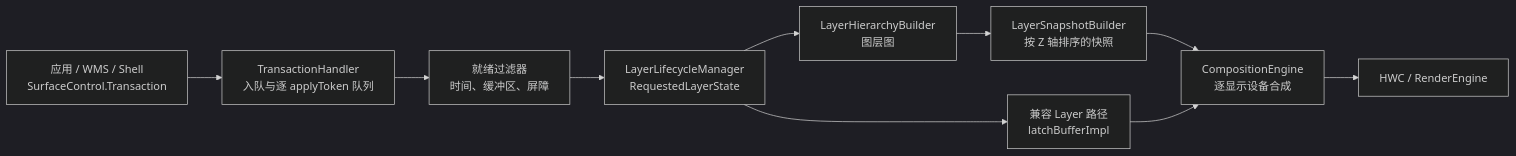
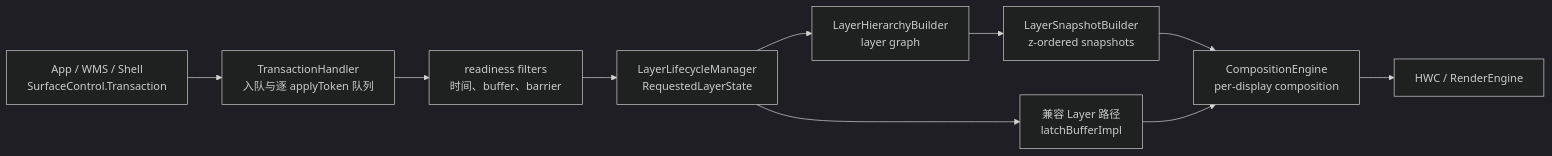
Before and after one commit to Gracker/android-internals-wiki: the diagram in src/part1-fundamentals/ch02-rendering/22-surfaceflinger-frontend-requestedlayerstate.md, drawn with Mermaid (dark theme). The commit also changed other lines of this file and 3 other files, not shown here.

````diff
--- a/src/part1-fundamentals/ch02-rendering/22-surfaceflinger-frontend-requestedlayerstate.md
+++ b/src/part1-fundamentals/ch02-rendering/22-surfaceflinger-frontend-requestedlayerstate.md
@@ -72,19 +72,19 @@
 ```mermaid
 flowchart LR
-    Client["应用 / WMS / Shell<br/>SurfaceControl.Transaction"]
+    Client["App / WMS / Shell<br/>SurfaceControl.Transaction"]
     Queue["TransactionHandler<br/>入队与逐 applyToken 队列"]
-    Ready["就绪过滤器<br/>时间、缓冲区、屏障"]
+    Ready["readiness filters<br/>时间、buffer、barrier"]
     State["LayerLifecycleManager<br/>RequestedLayerState"]
-    Graph["LayerHierarchyBuilder<br/>图层图"]
-    Snapshot["LayerSnapshotBuilder<br/>按 Z 轴排序的快照"]
+    Graph["LayerHierarchyBuilder<br/>layer graph"]
+    Snapshot["LayerSnapshotBuilder<br/>z-ordered snapshots"]
     Latch["兼容 Layer 路径<br/>latchBufferImpl"]
-    Compose["CompositionEngine<br/>逐显示设备合成"]
+    Compose["CompositionEngine<br/>per-display composition"]
     HWC["HWC / RenderEngine"]
 
     Client --> Queue --> Ready --> State
     State --> Graph --> Snapshot
     State --> Latch
     Snapshot --> Compose
     Latch --> Compose
     Compose --> HWC
 ```
````
